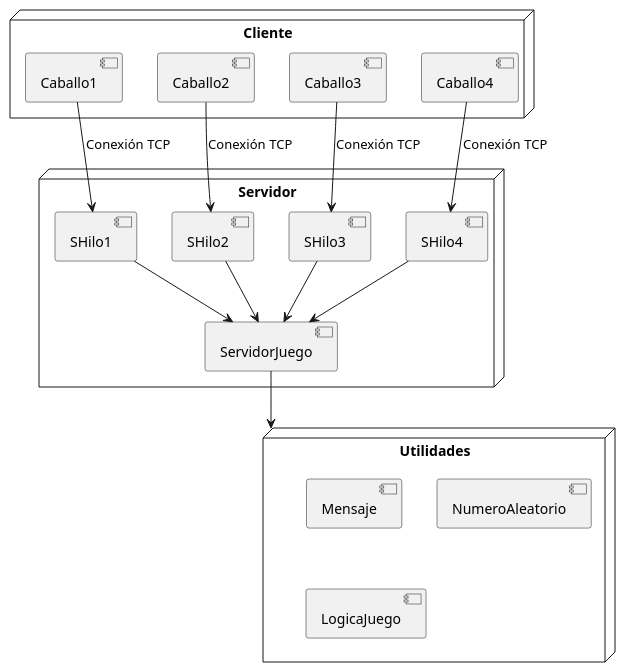
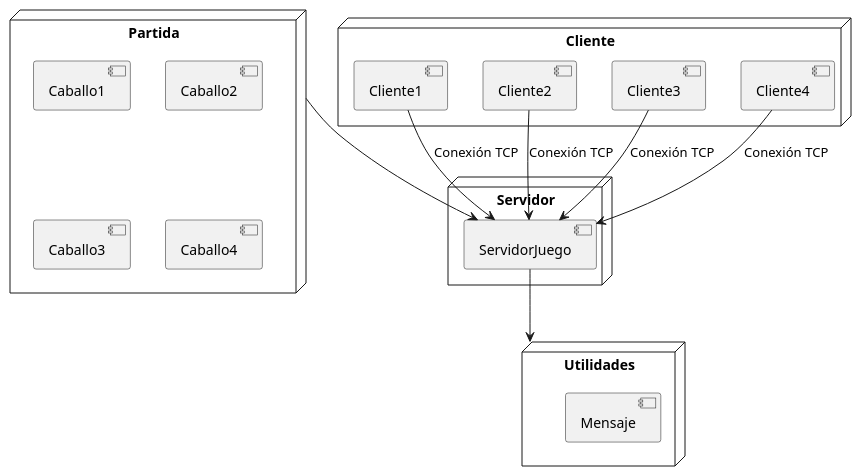
The second of 3 diagrams in uml.md (AmandaSMZ/PSP-CarreraCaballos), drawn with PlantUML before and after one commit. The commit also changed other lines of this file and 6 other files, not shown here.

````diff
--- a/uml.md
+++ b/uml.md
@@ -32,35 +31,31 @@
 ```plantuml
 @startuml
 
 node "Cliente" {
+    [Cliente1]
+    [Cliente2]
+    [Cliente3]
+    [Cliente4]
+}
+
+node "Servidor" {
+    [ServidorJuego]
+}
+node "Utilidades"{
+    [Mensaje]
+}
+node "Partida"{
     [Caballo1]
     [Caballo2]
     [Caballo3]
     [Caballo4]
 }
-
-node "Servidor" {
-    [SHilo1]
-    [SHilo2]
-    [SHilo3]
-    [SHilo4]
-    [ServidorJuego]
-}
-node "Utilidades"{
-    [Mensaje]
-    [NumeroAleatorio]
-    [LogicaJuego]
-}
-
-Caballo1 --> SHilo1 : Conexión TCP
-Caballo2 --> SHilo2 : Conexión TCP
-Caballo3 --> SHilo3 : Conexión TCP
-Caballo4 --> SHilo4 : Conexión TCP
-SHilo1 --> ServidorJuego 
-SHilo2 --> ServidorJuego 
-SHilo3 --> ServidorJuego 
-SHilo4 --> ServidorJuego 
+Cliente1 --> ServidorJuego : Conexión TCP
+Cliente2 --> ServidorJuego : Conexión TCP
+Cliente3 --> ServidorJuego : Conexión TCP
+Cliente4 --> ServidorJuego : Conexión TCP
+Partida --> ServidorJuego
 ServidorJuego --> Utilidades
 @enduml
 
 ```
````
